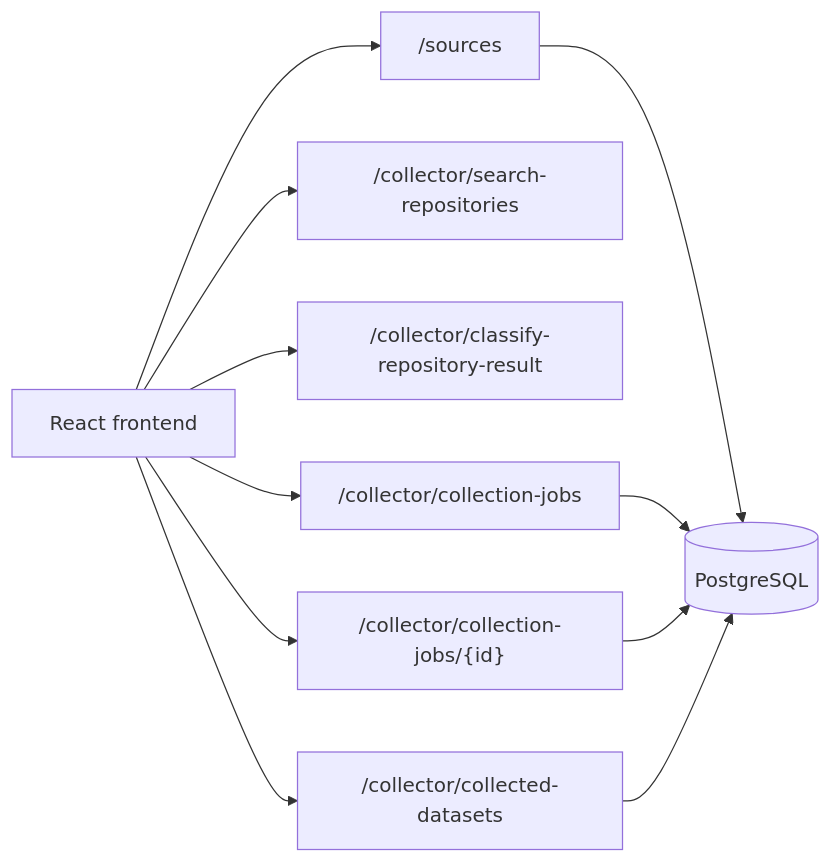
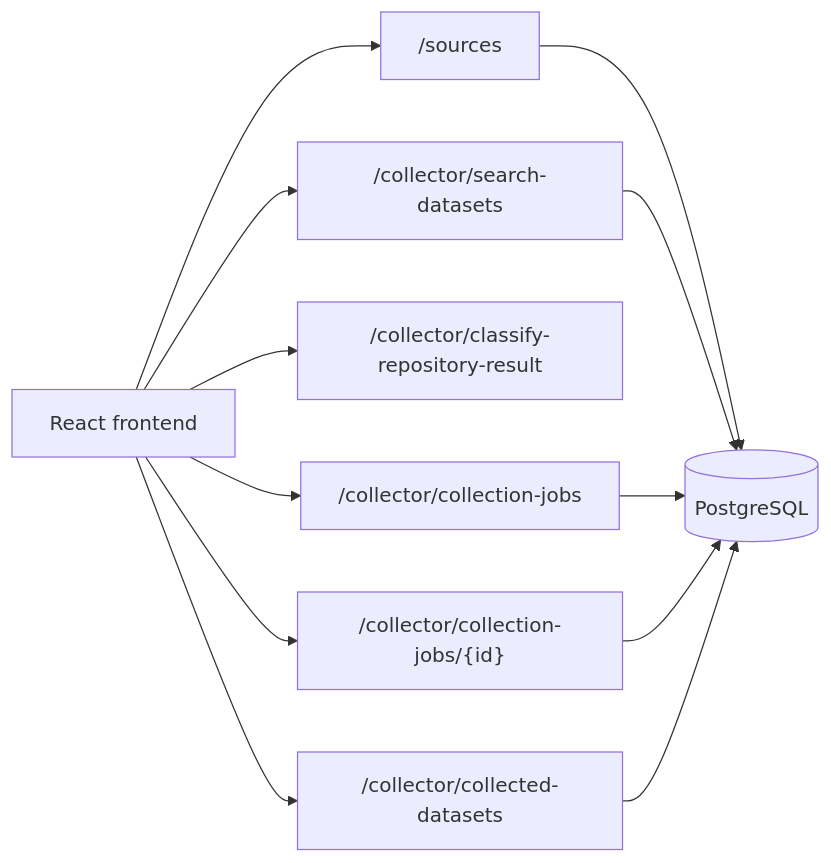
Before and after one commit to nicolasberlin/global-health-dataset-catalog: the first of 7 diagrams in docs/collector-pipeline-diagram.md, drawn with Mermaid. The commit also changed other lines of this file and 51 other files, not shown here.

````diff
--- a/docs/collector-pipeline-diagram.md
+++ b/docs/collector-pipeline-diagram.md
@@ -10,18 +10,18 @@
 ```mermaid
 flowchart LR
     UI["React frontend"]
     Sources["/sources"]
-    RepoSearch["/collector/search-repositories"]
+    RepoSearch["/collector/search-datasets"]
     RepoClassify["/collector/classify-repository-result"]
     Jobs["/collector/collection-jobs"]
     JobStatus["/collector/collection-jobs/{id}"]
     Results["/collector/collected-datasets"]
     DB[(PostgreSQL)]
 
     UI --> Sources --> DB
-    UI --> RepoSearch
+    UI --> RepoSearch --> DB
     UI --> RepoClassify
     UI --> Jobs --> DB
     UI --> JobStatus --> DB
     UI --> Results --> DB
 ```
````
